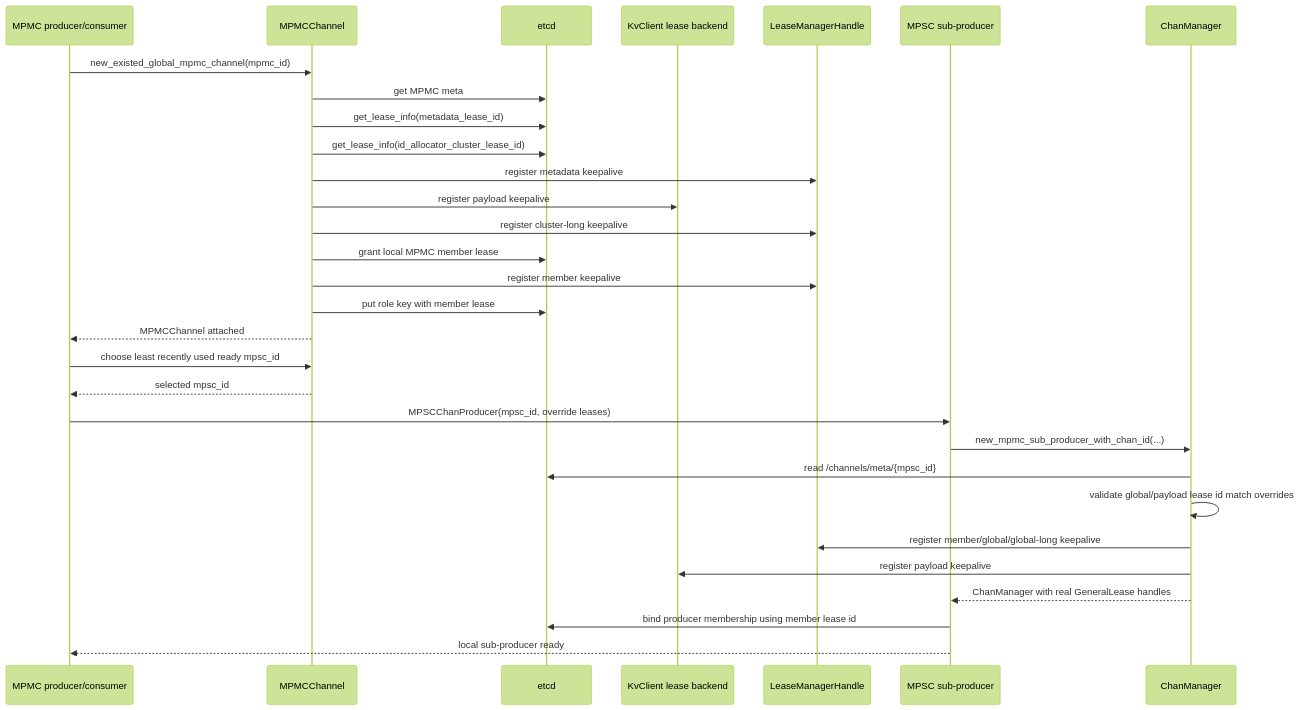
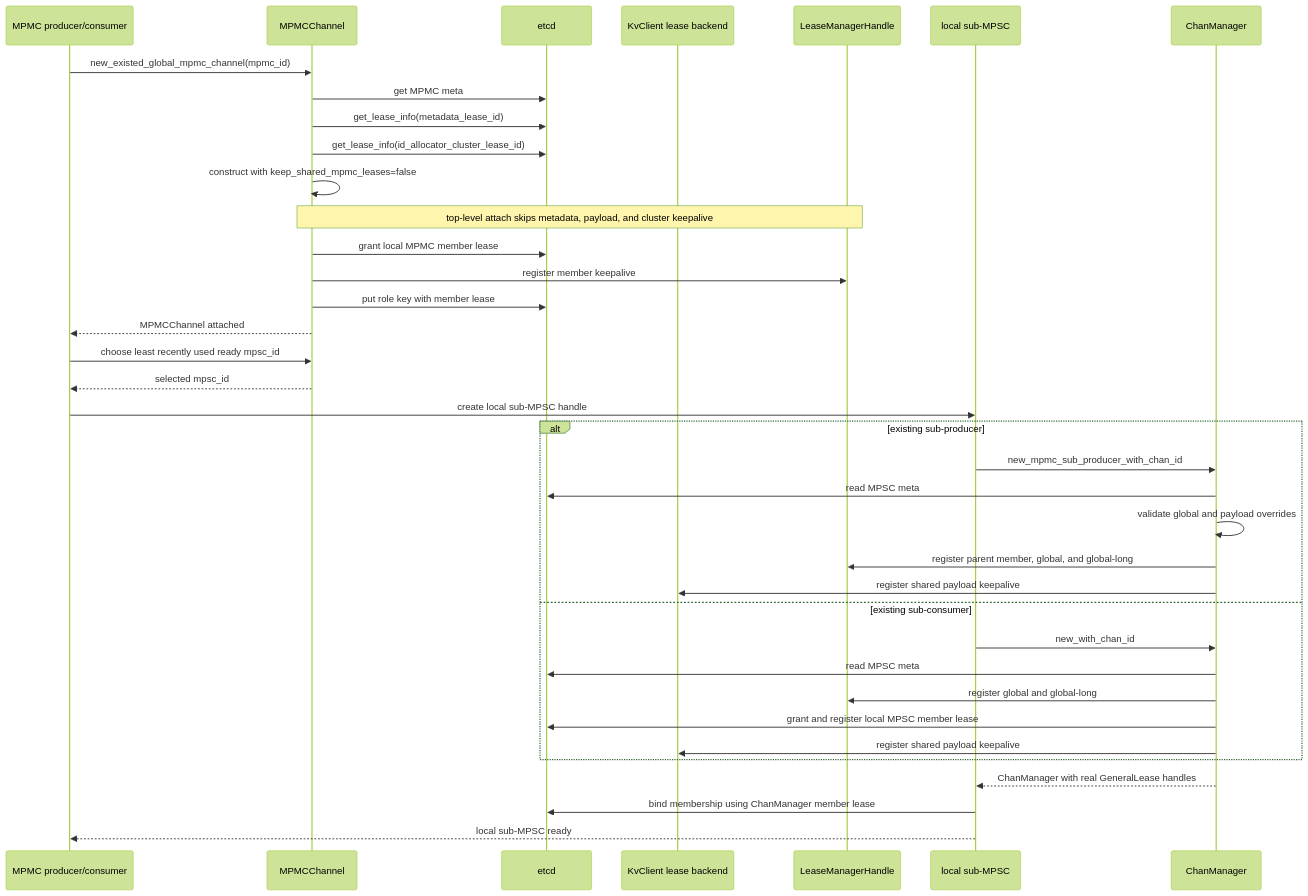
The seventh of 9 diagrams in fluxon_doc_cn/design/mq_1_生命周期与租约设计.md (Tele-AI/Fluxon), drawn with Mermaid (forest theme) before and after one commit. The commit also changed other lines of this file and 90 other files, not shown here.

````diff
--- a/fluxon_doc_cn/design/mq_1_生命周期与租约设计.md
+++ b/fluxon_doc_cn/design/mq_1_生命周期与租约设计.md
@@ -266,34 +391,41 @@
 ```mermaid
 sequenceDiagram
     participant Outer as MPMC producer/consumer
     participant Ch as MPMCChannel
     participant E as etcd
     participant KV as KvClient lease backend
     participant LM as LeaseManagerHandle
-    participant Sub as MPSC sub-producer
+    participant Sub as local sub-MPSC
     participant CM as ChanManager
 
     Outer->>Ch: new_existed_global_mpmc_channel(mpmc_id)
     Ch->>E: get MPMC meta
     Ch->>E: get_lease_info(metadata_lease_id)
     Ch->>E: get_lease_info(id_allocator_cluster_lease_id)
-    Ch->>LM: register metadata keepalive
-    Ch->>KV: register payload keepalive
-    Ch->>LM: register cluster-long keepalive
+    Ch->>Ch: construct with keep_shared_mpmc_leases=false
+    Note over Ch,LM: top-level attach skips metadata, payload, and cluster keepalive
     Ch->>E: grant local MPMC member lease
     Ch->>LM: register member keepalive
     Ch->>E: put role key with member lease
     Ch-->>Outer: MPMCChannel attached
 
     Outer->>Ch: choose least recently used ready mpsc_id
     Ch-->>Outer: selected mpsc_id
-    Outer->>Sub: MPSCChanProducer(mpsc_id, override leases)
-    Sub->>CM: new_mpmc_sub_producer_with_chan_id(...)
-    CM->>E: read /channels/meta/{mpsc_id}
-    CM->>CM: validate global/payload lease id match overrides
-    CM->>LM: register member/global/global-long keepalive
-    CM->>KV: register payload keepalive
+    Outer->>Sub: create local sub-MPSC handle
+    alt existing sub-producer
+        Sub->>CM: new_mpmc_sub_producer_with_chan_id
+        CM->>E: read MPSC meta
+        CM->>CM: validate global and payload overrides
+        CM->>LM: register parent member, global, and global-long
+        CM->>KV: register shared payload keepalive
+    else existing sub-consumer
+        Sub->>CM: new_with_chan_id
+        CM->>E: read MPSC meta
+        CM->>LM: register global and global-long
+        CM->>E: grant and register local MPSC member lease
+        CM->>KV: register shared payload keepalive
+    end
     CM-->>Sub: ChanManager with real GeneralLease handles
-    Sub->>E: bind producer membership using member lease id
-    Sub-->>Outer: local sub-producer ready
+    Sub->>E: bind membership using ChanManager member lease
+    Sub-->>Outer: local sub-MPSC ready
 ```
````
